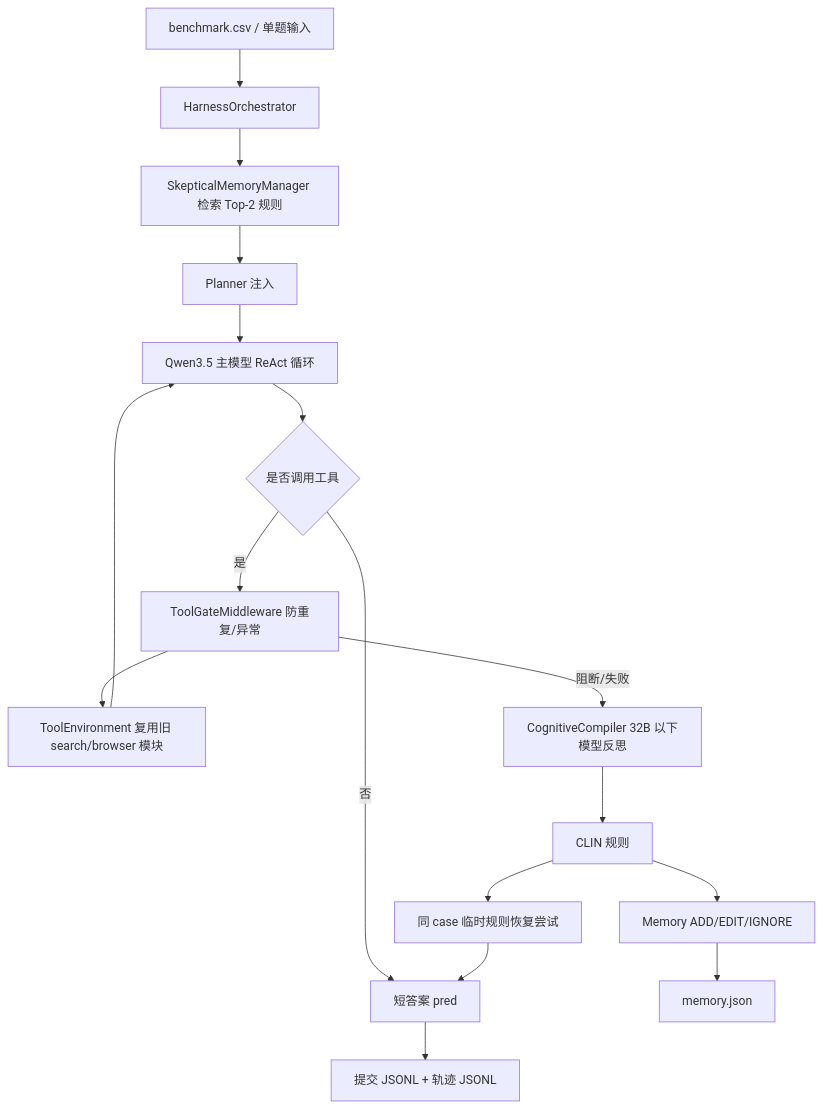
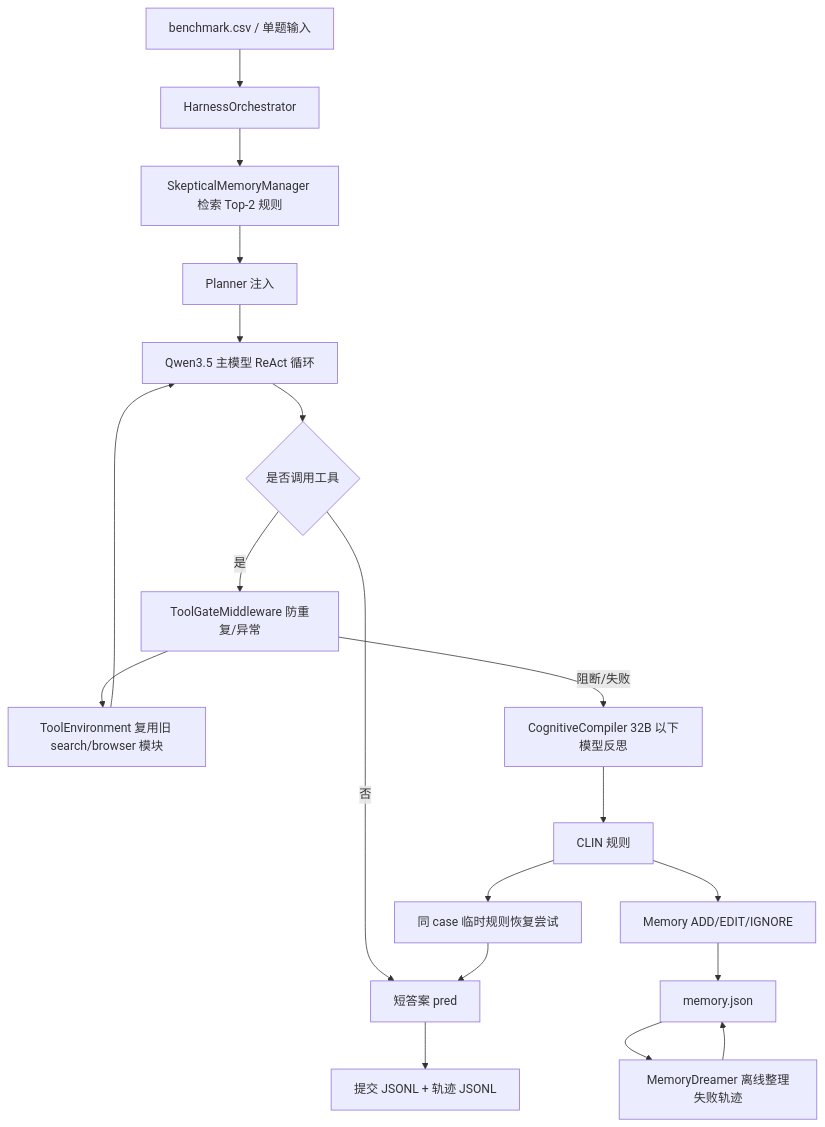
The diagram in DESIGN.md (StevenHuang233/deep-run-20260519-194439), drawn with Mermaid before and after one commit. The commit also changed other lines of this file and 7 other files, not shown here.

````diff
--- a/DESIGN.md
+++ b/DESIGN.md
@@ -9,19 +9,21 @@
 ```mermaid
 flowchart TD
     A["benchmark.csv / 单题输入"] --> B["HarnessOrchestrator"]
     B --> C["SkepticalMemoryManager 检索 Top-2 规则"]
     C --> D["Planner 注入 <historical_guidelines>"]
     D --> E["Qwen3.5 主模型 ReAct 循环"]
     E --> F{"是否调用工具"}
     F -->|是| G["ToolGateMiddleware 防重复/异常"]
     G --> H["ToolEnvironment 复用旧 search/browser 模块"]
     H --> E
     F -->|否| I["短答案 pred"]
     G -->|阻断/失败| J["CognitiveCompiler 32B 以下模型反思"]
     J --> K["CLIN 规则"]
     K --> R["同 case 临时规则恢复尝试"]
     R --> I
     K --> L["Memory ADD/EDIT/IGNORE"]
     L --> M["memory.json"]
+    M --> O["MemoryDreamer 离线整理失败轨迹"]
+    O --> M
     I --> N["提交 JSONL + 轨迹 JSONL"]
 ```
````
